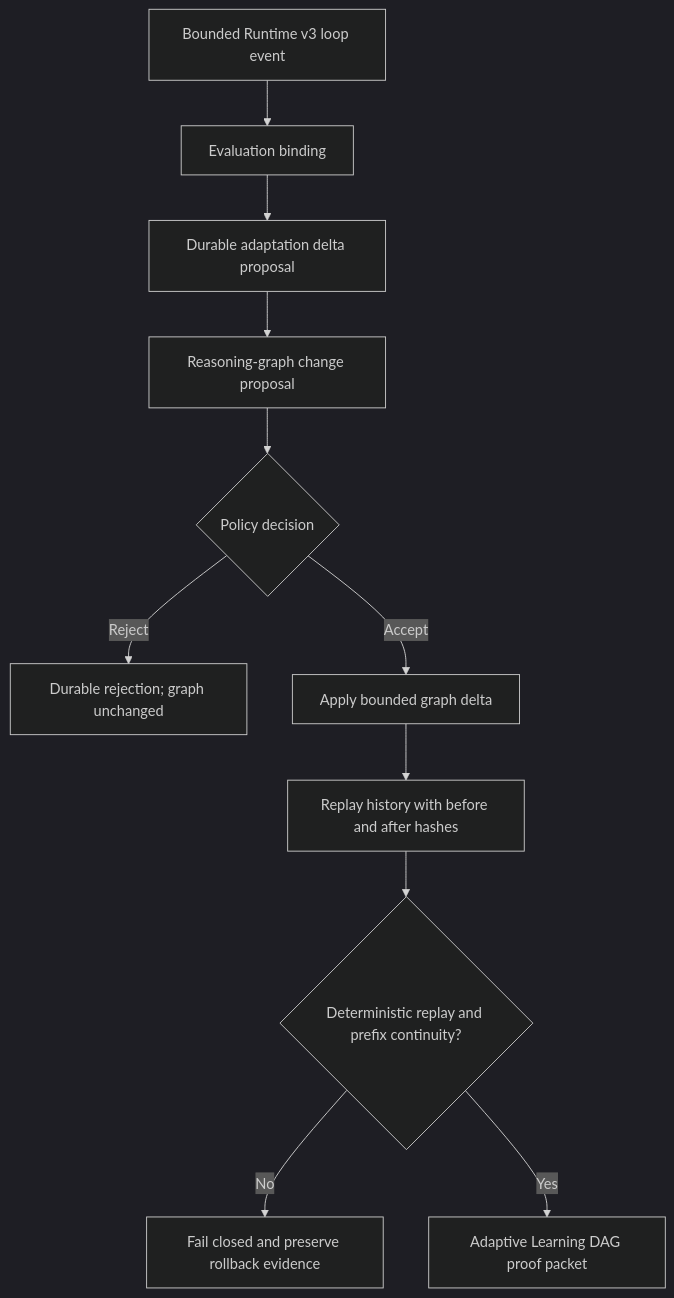
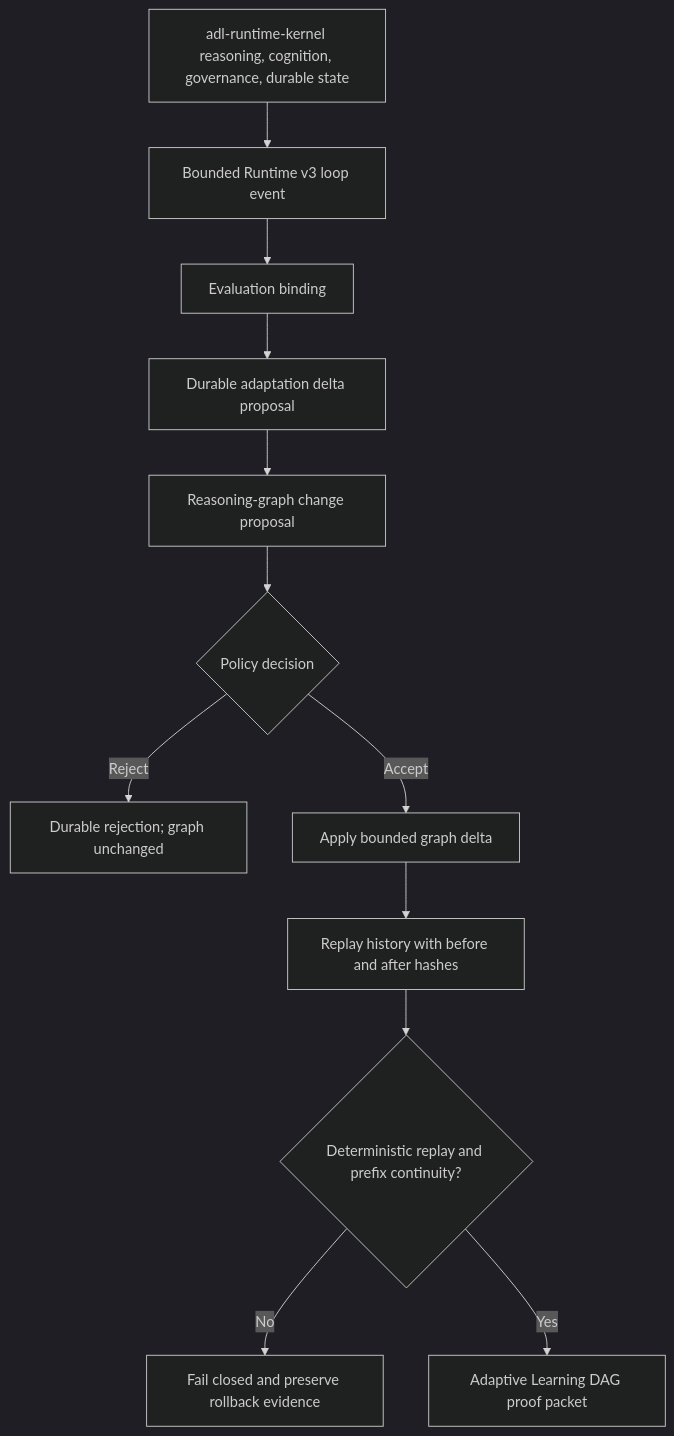
Before and after one commit to danielbaustin/agent-design-language: the diagram in .csdlc/prepared/issues/5831/diagram.mmd, drawn with Mermaid (dark theme). The commit also changed 119 other files, not shown here.

```diff
--- a/.csdlc/prepared/issues/5831/diagram.mmd
+++ b/.csdlc/prepared/issues/5831/diagram.mmd
@@ -1,11 +1,12 @@
 flowchart TD
-  L["Bounded Runtime v3 loop event"] --> E["Evaluation binding"]
+  K["adl-runtime-kernel reasoning, cognition, governance, durable state"] --> L["Bounded Runtime v3 loop event"]
+  L --> E["Evaluation binding"]
   E --> S["Durable adaptation delta proposal"]
   S --> G["Reasoning-graph change proposal"]
   G --> P{"Policy decision"}
   P -- "Reject" --> R["Durable rejection; graph unchanged"]
   P -- "Accept" --> A["Apply bounded graph delta"]
   A --> H["Replay history with before and after hashes"]
   H --> D{"Deterministic replay and prefix continuity?"}
   D -- "No" --> X["Fail closed and preserve rollback evidence"]
   D -- "Yes" --> O["Adaptive Learning DAG proof packet"]
```
